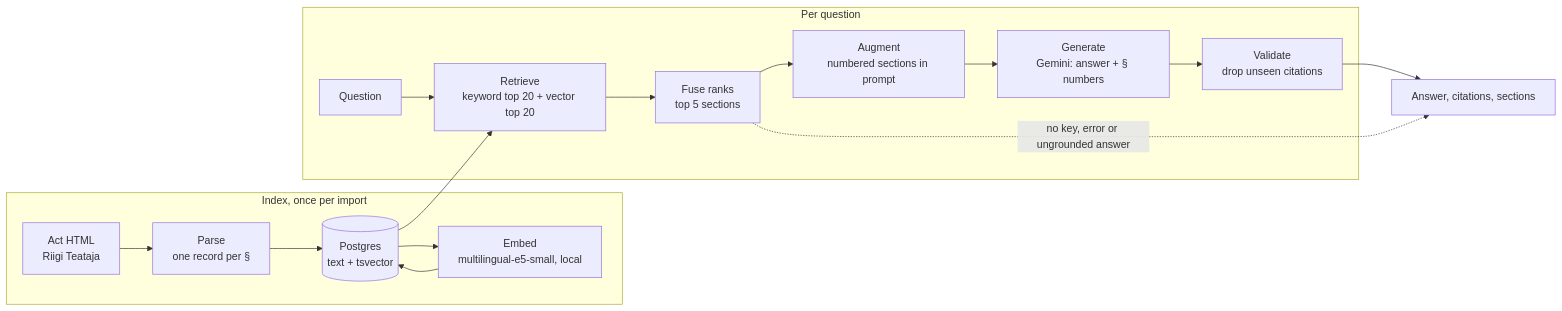
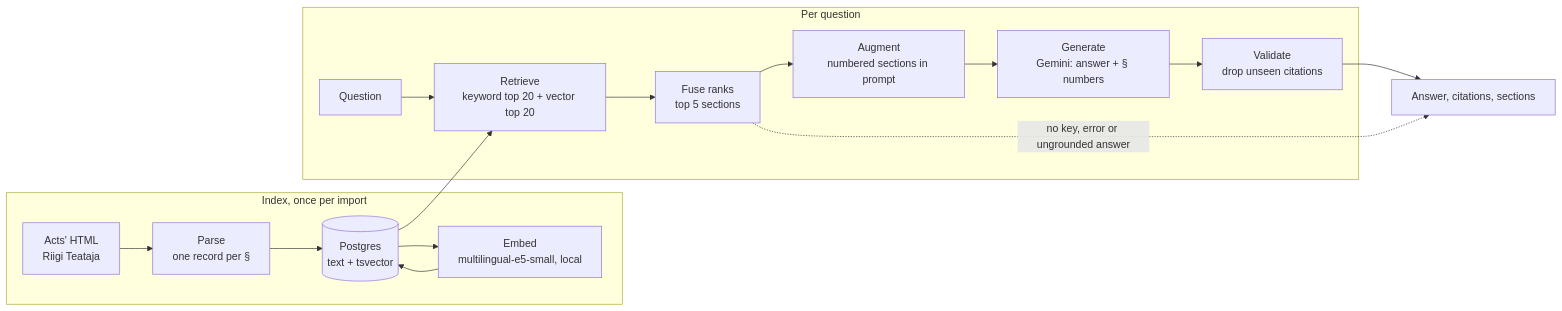
One commit to Zohaib94/estonian-law-rag changed the first of 2 diagrams in docs/architecture.md. Above: the diagram before and after it, drawn with Mermaid. The commit also changed other lines of this file and 2 other files, not shown here.

Commit message:
docs: describe both acts, per-act evals and how to update or add an act

````diff
--- a/docs/architecture.md
+++ b/docs/architecture.md
@@ -8,21 +9,21 @@
 ```mermaid
 flowchart LR
   subgraph index [Index, once per import]
-    html[Act HTML<br/>Riigi Teataja] --> parse[Parse<br/>one record per §]
+    html[Acts' HTML<br/>Riigi Teataja] --> parse[Parse<br/>one record per §]
     parse --> store[(Postgres<br/>text + tsvector)]
     store --> embed[Embed<br/>multilingual-e5-small, local]
     embed --> store
   end
 
   subgraph ask [Per question]
     question[Question] --> retrieve[Retrieve<br/>keyword top 20 + vector top 20]
     retrieve --> fuse[Fuse ranks<br/>top 5 sections]
     fuse --> augment[Augment<br/>numbered sections in prompt]
     augment --> generate[Generate<br/>Gemini: answer + § numbers]
     generate --> validate[Validate<br/>drop unseen citations]
   end
 
   store --> retrieve
   validate --> response[Answer, citations, sections]
   fuse -. no key, error or ungrounded answer .-> response
 ```
````
